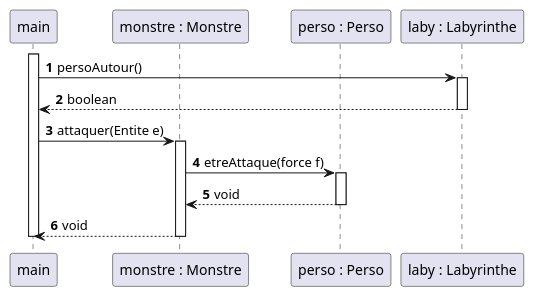
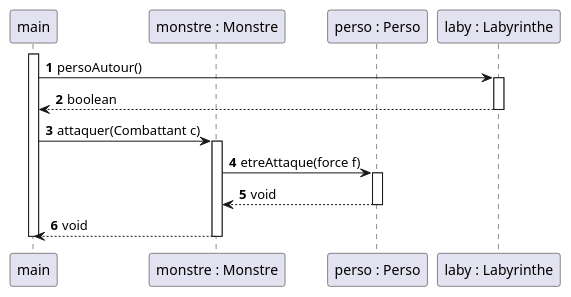
The diagram in zeldiablo/documents/version_3/diagseq_attaqueMonstre.puml (celie-ponroy/2023_S2.01_Zeldiablo_ponroy_roth_prykhodko_bortolotti), drawn with PlantUML before and after one commit. The commit also changed 4 other files, not shown here.

```diff
--- a/zeldiablo/documents/version_3/diagseq_attaqueMonstre.puml
+++ b/zeldiablo/documents/version_3/diagseq_attaqueMonstre.puml
@@ -1,31 +1,31 @@
 @startuml
 
 autonumber
 
 participant "main" as m
 participant "monstre : Monstre" as mon
 participant "perso : Perso" as p
 participant "laby : Labyrinthe" as l
 
 activate m
 
 m -> l : persoAutour()
 activate l
 m <-- l : boolean
 deactivate l
 
-m -> mon : attaquer(Entite e)
+m -> mon : attaquer(Combattant c)
 
 activate mon
 
 mon -> p : etreAttaque(force f)
 activate p
 mon <-- p : void
 deactivate p
 
 m <-- mon : void
 
 deactivate mon
 deactivate m
 
 @enduml
```
